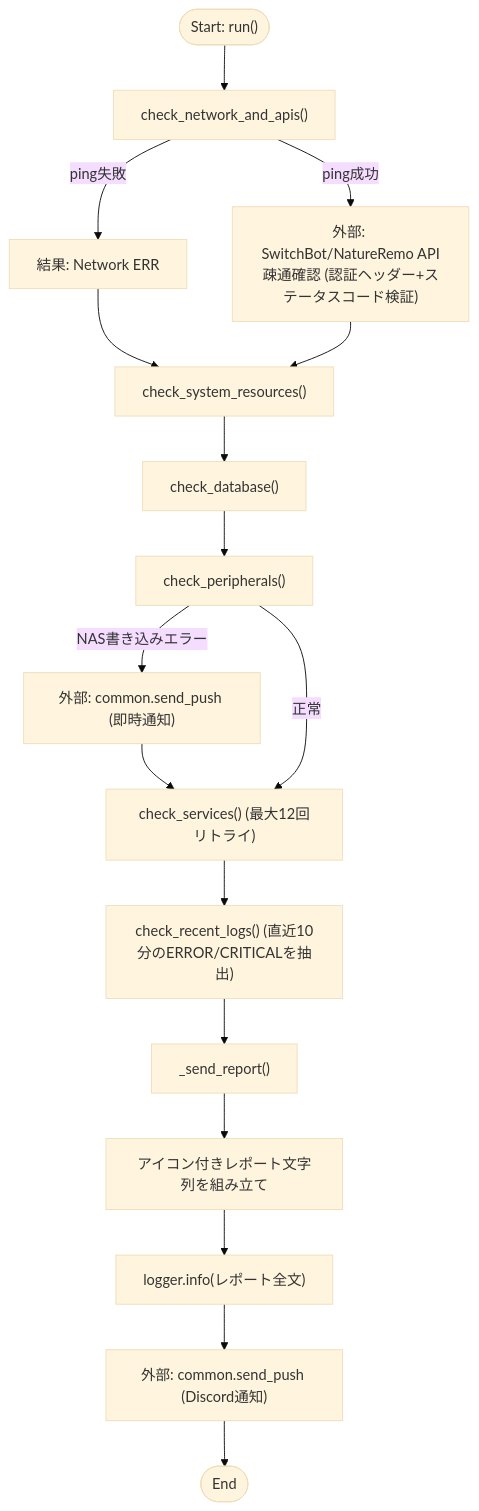
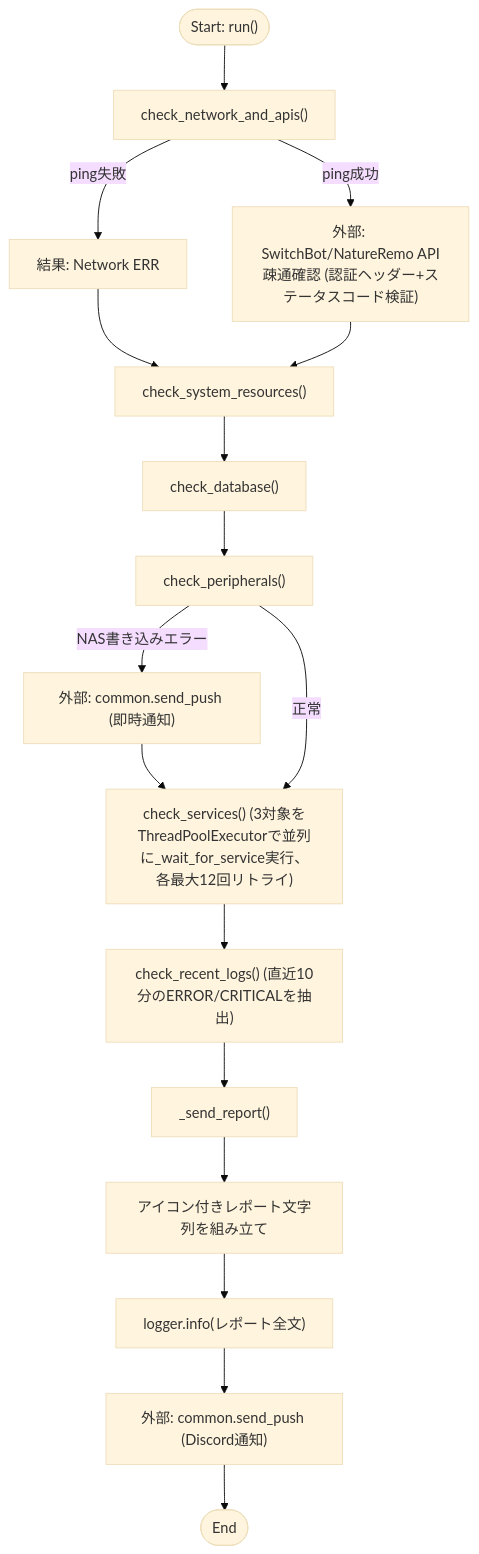
Before and after one commit to mmtigers/my_python_project: the first of 2 diagrams in docs/specifications/MY_HOME_SYSTEM/post_boot_health_check.md, drawn with Mermaid (base theme). The commit also changed other lines of this file and 3 other files, not shown here.

````diff
--- a/docs/specifications/MY_HOME_SYSTEM/post_boot_health_check.md
+++ b/docs/specifications/MY_HOME_SYSTEM/post_boot_health_check.md
@@ -456,19 +480,19 @@
 ```mermaid
 flowchart TD
     Start(["Start: run()"]) --> NetCheck["check_network_and_apis()"]
     NetCheck -- ping失敗 --> ResNet["結果: Network ERR"] --> SysCheck
     NetCheck -- ping成功 --> APICheck["外部: SwitchBot/NatureRemo API疎通確認 (認証ヘッダー+ステータスコード検証)"] --> SysCheck["check_system_resources()"]
 
     SysCheck --> DBCheck["check_database()"]
     DBCheck --> PeriphCheck["check_peripherals()"]
     PeriphCheck -- NAS書き込みエラー --> ImmediateNotify["外部: common.send_push (即時通知)"]
     ImmediateNotify --> SvcCheck
-    PeriphCheck -- 正常 --> SvcCheck["check_services() (最大12回リトライ)"]
+    PeriphCheck -- 正常 --> SvcCheck["check_services() (3対象をThreadPoolExecutorで並列に_wait_for_service実行、各最大12回リトライ)"]
 
     SvcCheck --> LogCheck["check_recent_logs() (直近10分のERROR/CRITICALを抽出)"]
     LogCheck --> SendReport["_send_report()"]
     SendReport --> BuildMsg["アイコン付きレポート文字列を組み立て"]
     BuildMsg --> LogInfo["logger.info(レポート全文)"]
     LogInfo --> Notify["外部: common.send_push (Discord通知)"]
     Notify --> End(["End"])
 ```
````
